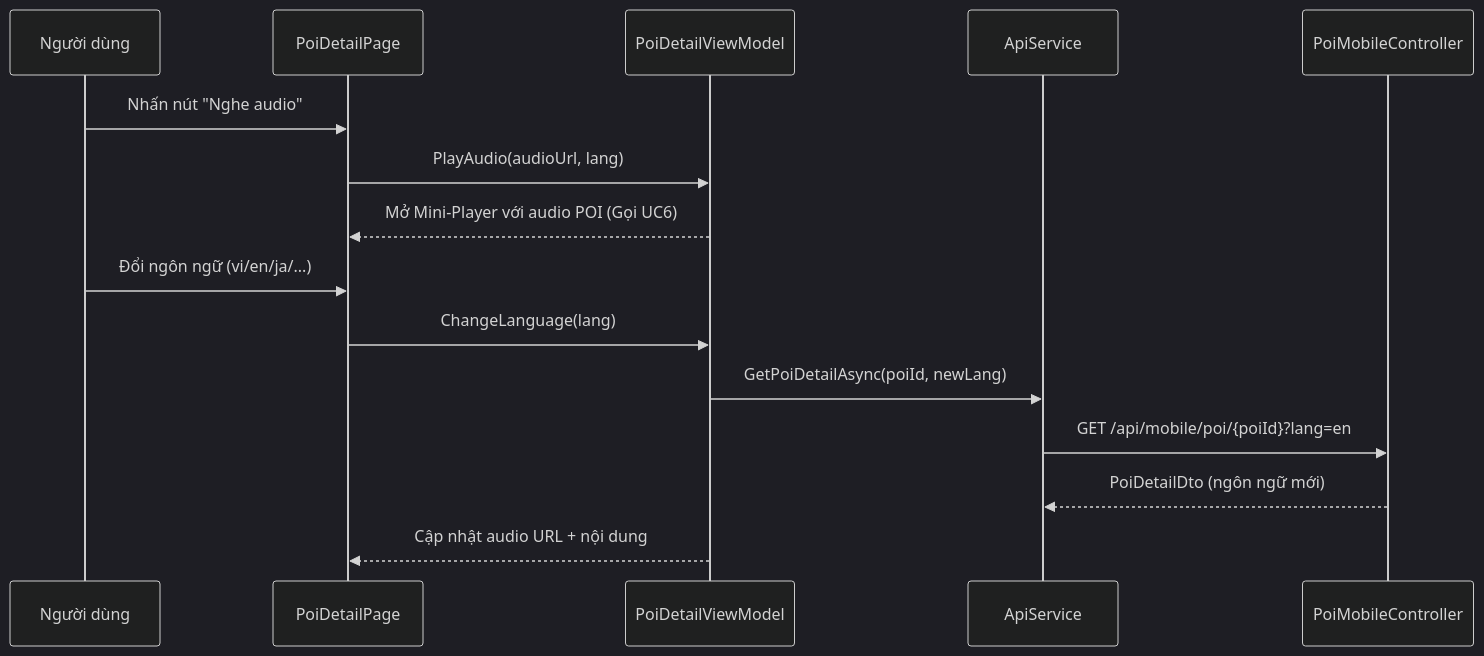
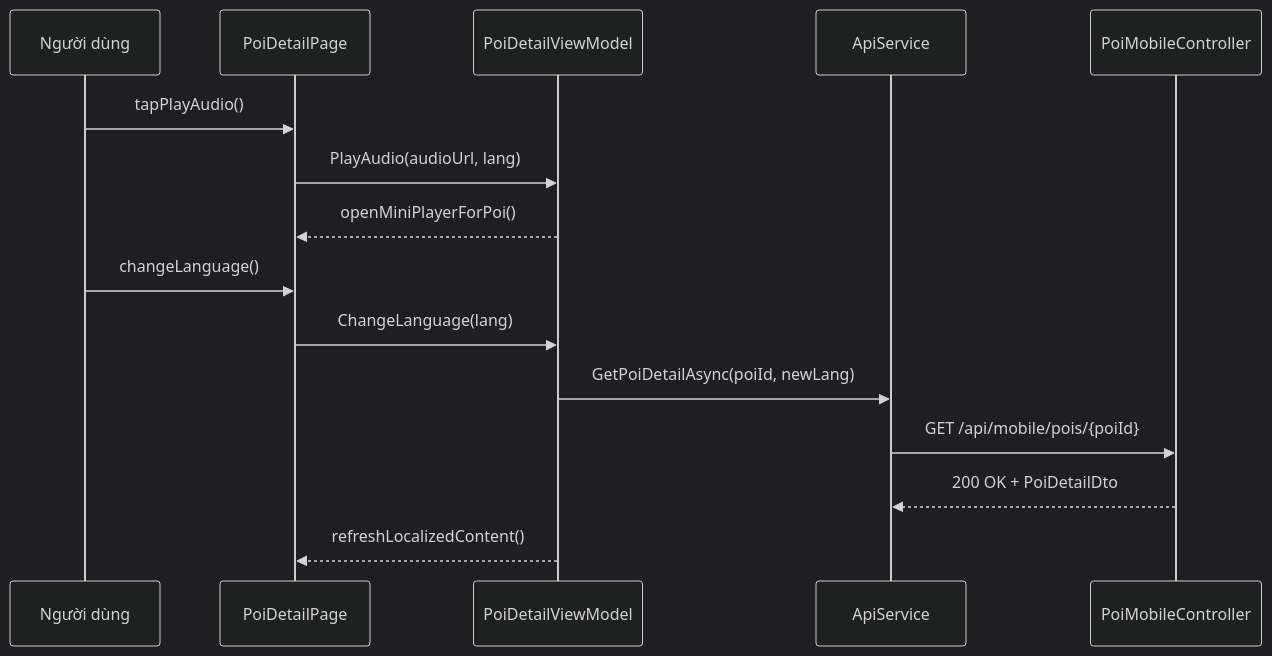
One commit to quynhtien1977/AudioGo changed diagram 15 of 58 in PRD.md. Above: the diagram before and after it, drawn with Mermaid (dark theme). The commit also changed other lines of this file and 2 other files, not shown here.

Commit message:
feat:PRD mới

````diff
--- a/PRD.md
+++ b/PRD.md
@@ -1066,19 +1100,19 @@
 ```mermaid
 sequenceDiagram
     participant MobileUser as Người dùng
     participant DetailPage as PoiDetailPage
     participant DetailVM as PoiDetailViewModel
     participant API as ApiService
     participant Backend as PoiMobileController
 
-    MobileUser ->> DetailPage: Nhấn nút "Nghe audio"
+    MobileUser ->> DetailPage: tapPlayAudio()
     DetailPage ->> DetailVM: PlayAudio(audioUrl, lang)
-    DetailVM -->> DetailPage: Mở Mini-Player với audio POI (Gọi UC6)
+    DetailVM -->> DetailPage: openMiniPlayerForPoi()
 
-    MobileUser ->> DetailPage: Đổi ngôn ngữ (vi/en/ja/...)
+    MobileUser ->> DetailPage: changeLanguage()
     DetailPage ->> DetailVM: ChangeLanguage(lang)
     DetailVM ->> API: GetPoiDetailAsync(poiId, newLang)
-    API ->> Backend: GET /api/mobile/poi/{poiId}?lang=en
-    Backend -->> API: PoiDetailDto (ngôn ngữ mới)
-    DetailVM -->> DetailPage: Cập nhật audio URL + nội dung
+    API ->> Backend: GET /api/mobile/pois/{poiId}
+    Backend -->> API: 200 OK + PoiDetailDto
+    DetailVM -->> DetailPage: refreshLocalizedContent()
 ```
````
